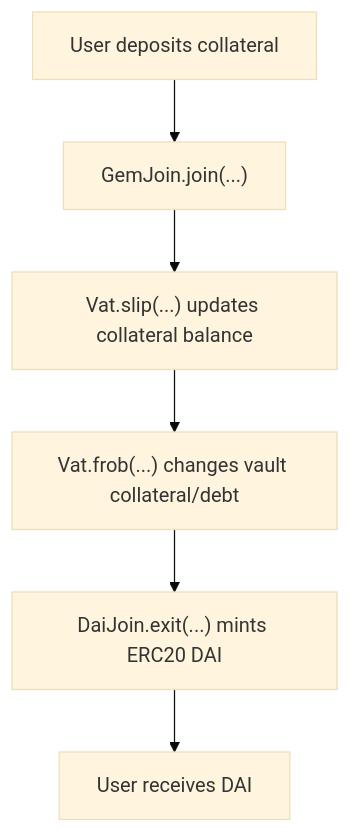
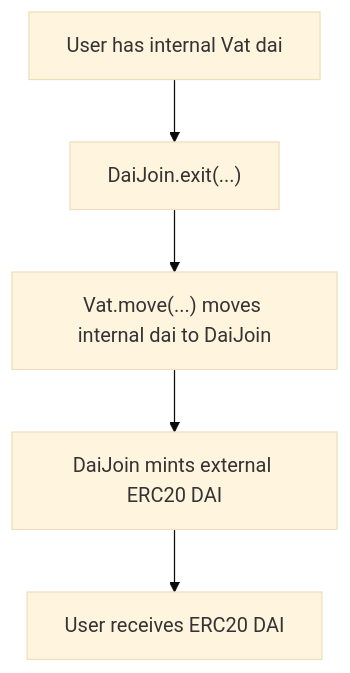
One commit to Keedz1Off/Keedz1Off-sky-dai-fork-local-review changed the third of 7 diagrams in README.md. Above: the diagram before and after it, drawn with Mermaid (base theme). The commit also changed other lines of this file and 1 other file, not shown here.

Commit message:
Correct DSS core flow overview

````diff
--- a/README.md
+++ b/README.md
@@ -28,8 +55,7 @@
 ```mermaid
 flowchart TD
-    A["User deposits collateral"] --> B["GemJoin.join(...)"]
-    B --> C["Vat.slip(...) updates collateral balance"]
-    C --> D["Vat.frob(...) changes vault collateral/debt"]
-    D --> E["DaiJoin.exit(...) mints ERC20 DAI"]
-    E --> F["User receives DAI"]
+    A["User has internal Vat dai"] --> B["DaiJoin.exit(...)"]
+    B --> C["Vat.move(...) moves internal dai to DaiJoin"]
+    C --> D["DaiJoin mints external ERC20 DAI"]
+    D --> E["User receives ERC20 DAI"]
 ```
````
